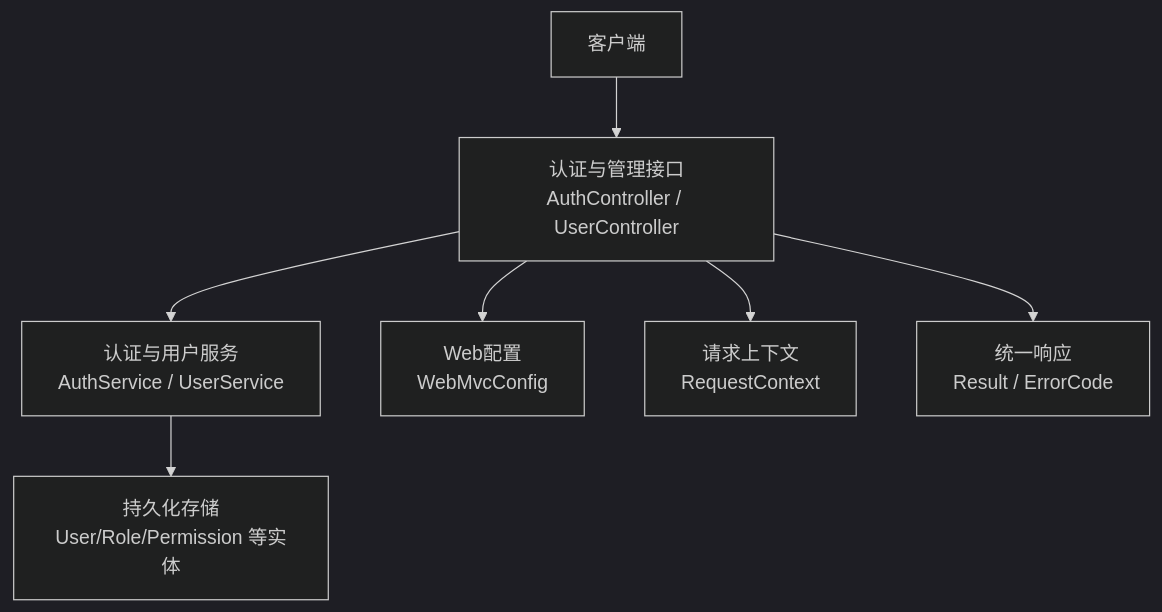
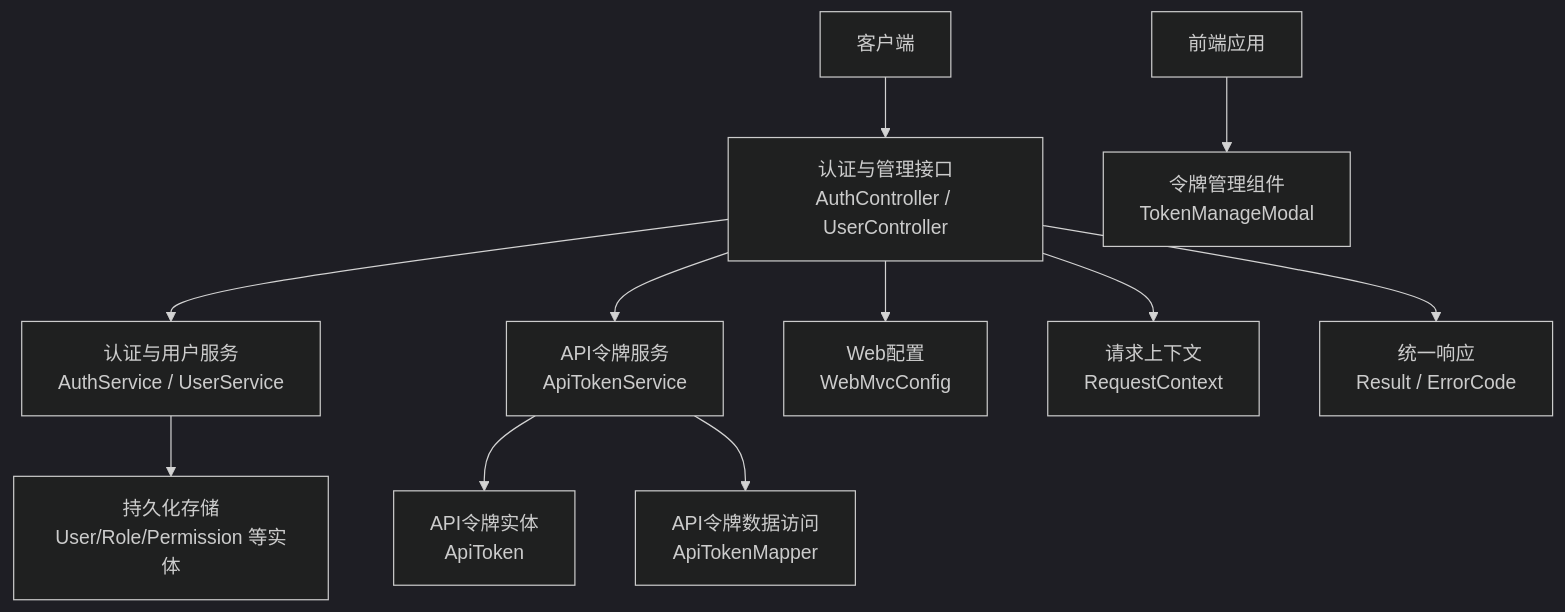
The first of 14 diagrams in .qoder/repowiki/zh/content/API接口文档/用户认证API.md (liming-lihaini/workflow), drawn with Mermaid (dark theme) before and after one commit. The commit also changed other lines of this file and 45 other files, not shown here.

````diff
--- a/.qoder/repowiki/zh/content/API接口文档/用户认证API.md
+++ b/.qoder/repowiki/zh/content/API接口文档/用户认证API.md
@@ -55,9 +61,13 @@
 ```mermaid
 graph TB
 Client["客户端"] --> API["认证与管理接口<br/>AuthController / UserController"]
 API --> Svc["认证与用户服务<br/>AuthService / UserService"]
+API --> ApiSvc["API令牌服务<br/>ApiTokenService"]
+ApiSvc --> ApiEntity["API令牌实体<br/>ApiToken"]
+ApiSvc --> ApiMapper["API令牌数据访问<br/>ApiTokenMapper"]
 Svc --> DB["持久化存储<br/>User/Role/Permission 等实体"]
 API --> Cfg["Web配置<br/>WebMvcConfig"]
 API --> Ctx["请求上下文<br/>RequestContext"]
 API --> Resp["统一响应<br/>Result / ErrorCode"]
+Frontend["前端应用"] --> TokenModal["令牌管理组件<br/>TokenManageModal"]
 ```
````
